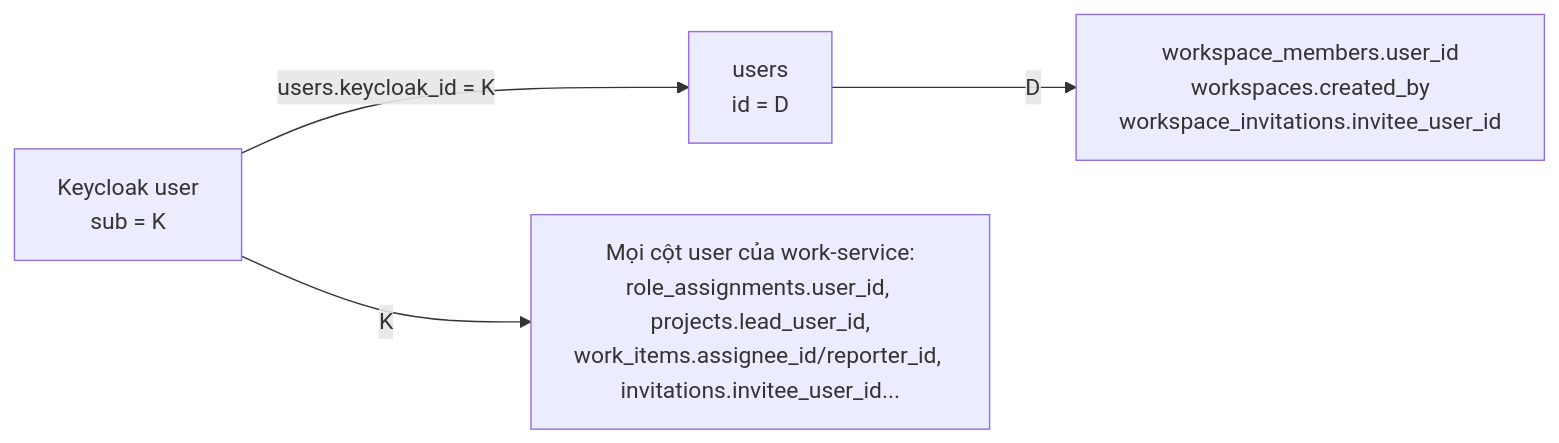
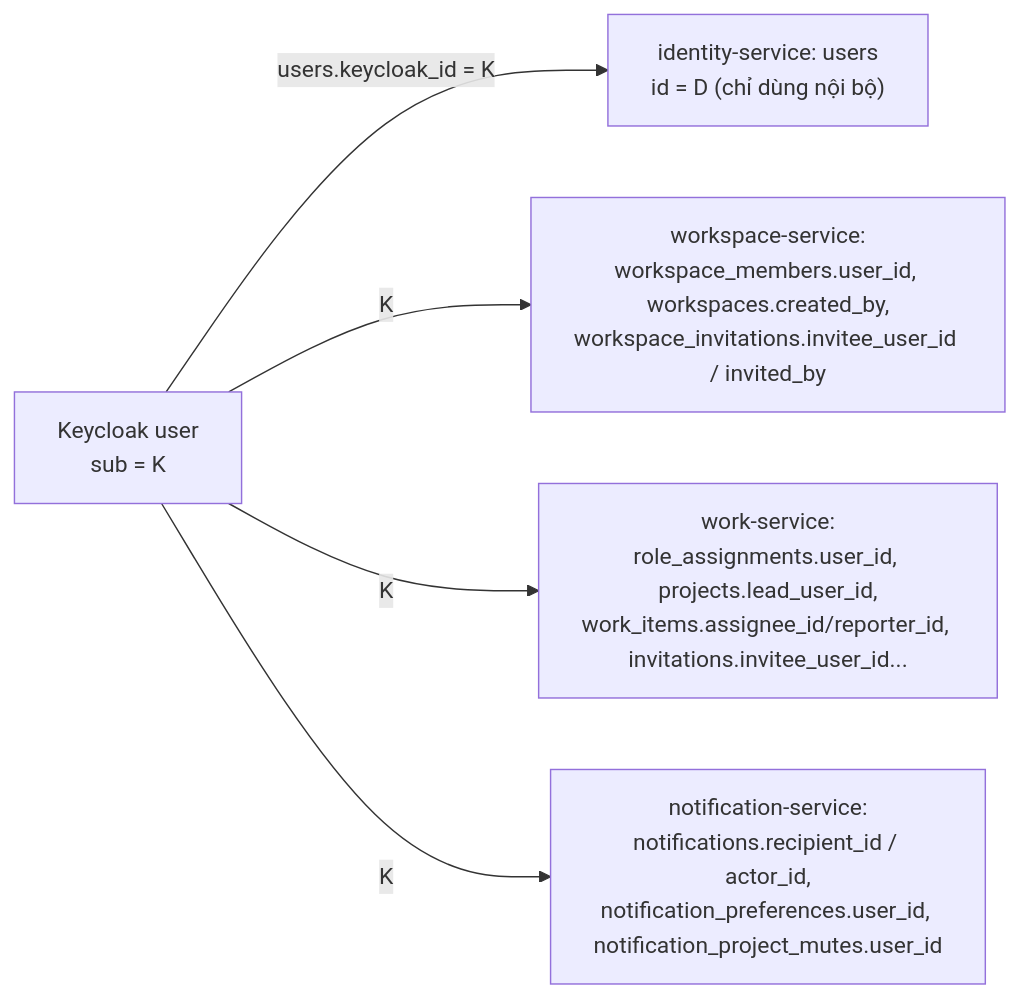
One commit to Hecker-Chuoi/DATN-2026 changed the second of 22 diagrams in formal_doc/01_QUAN_HE_THUC_THE.md. Above: the diagram before and after it, drawn with Mermaid. The commit also changed other lines of this file and 2 other files, not shown here.

First line of the commit message:
docs(formal): cập nhật định danh người dùng sau khi thống nhất về Keycloak sub

````diff
--- a/formal_doc/01_QUAN_HE_THUC_THE.md
+++ b/formal_doc/01_QUAN_HE_THUC_THE.md
@@ -68,6 +68,7 @@
 ```mermaid
 flowchart LR
-    KC["Keycloak user<br/>sub = K"] -- "users.keycloak_id = K" --> U["users<br/>id = D"]
-    U -- "D" --> WM["workspace_members.user_id<br/>workspaces.created_by<br/>workspace_invitations.invitee_user_id"]
-    KC -- "K" --> WK["Mọi cột user của work-service:<br/>role_assignments.user_id, projects.lead_user_id,<br/>work_items.assignee_id/reporter_id, invitations.invitee_user_id..."]
+    KC["Keycloak user<br/>sub = K"] -- "users.keycloak_id = K" --> U["identity-service: users<br/>id = D (chỉ dùng nội bộ)"]
+    KC -- "K" --> WM["workspace-service:<br/>workspace_members.user_id, workspaces.created_by,<br/>workspace_invitations.invitee_user_id / invited_by"]
+    KC -- "K" --> WK["work-service:<br/>role_assignments.user_id, projects.lead_user_id,<br/>work_items.assignee_id/reporter_id, invitations.invitee_user_id..."]
+    KC -- "K" --> NT["notification-service:<br/>notifications.recipient_id / actor_id,<br/>notification_preferences.user_id, notification_project_mutes.user_id"]
 ```
````
